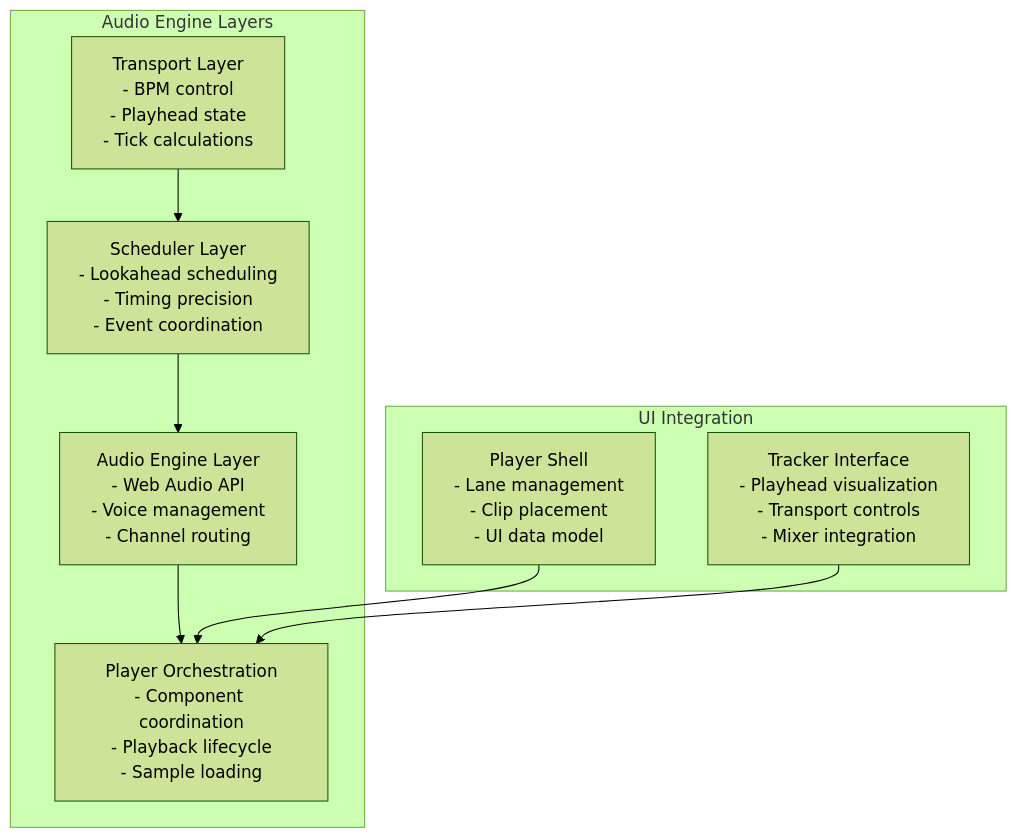
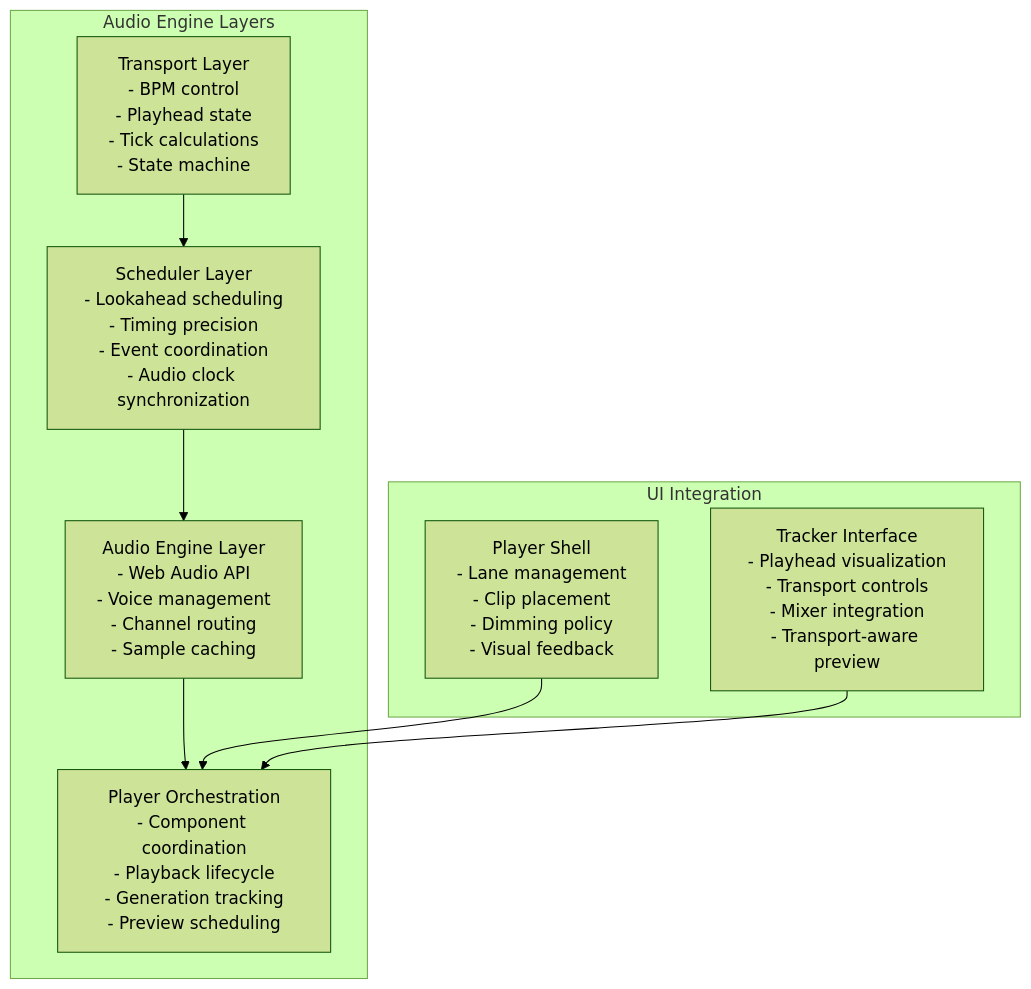
Before and after one commit to satyrlord/mixjam-electron: the first of 12 diagrams in .qoder/repowiki/en/content/Audio Engine/Audio Engine.md, drawn with Mermaid (forest theme). The commit also changed other lines of this file and 7 other files, not shown here.

First line of the commit message:
feat(data-management): centralize audio extensions and add hasSamples function

````diff
--- a/.qoder/repowiki/en/content/Audio Engine/Audio Engine.md
+++ b/.qoder/repowiki/en/content/Audio Engine/Audio Engine.md
@@ -61,18 +58,18 @@
 ```mermaid
 graph TB
 subgraph "Audio Engine Layers"
-A["Transport Layer<br/>- BPM control<br/>- Playhead state<br/>- Tick calculations"]
-B["Scheduler Layer<br/>- Lookahead scheduling<br/>- Timing precision<br/>- Event coordination"]
-C["Audio Engine Layer<br/>- Web Audio API<br/>- Voice management<br/>- Channel routing"]
-D["Player Orchestration<br/>- Component coordination<br/>- Playback lifecycle<br/>- Sample loading"]
+A["Transport Layer<br/>- BPM control<br/>- Playhead state<br/>- Tick calculations<br/>- State machine"]
+B["Scheduler Layer<br/>- Lookahead scheduling<br/>- Timing precision<br/>- Event coordination<br/>- Audio clock synchronization"]
+C["Audio Engine Layer<br/>- Web Audio API<br/>- Voice management<br/>- Channel routing<br/>- Sample caching"]
+D["Player Orchestration<br/>- Component coordination<br/>- Playback lifecycle<br/>- Generation tracking<br/>- Preview scheduling"]
 end
 subgraph "UI Integration"
-E["Player Shell<br/>- Lane management<br/>- Clip placement<br/>- UI data model"]
-F["Tracker Interface<br/>- Playhead visualization<br/>- Transport controls<br/>- Mixer integration"]
+E["Player Shell<br/>- Lane management<br/>- Clip placement<br/>- Dimming policy<br/>- Visual feedback"]
+F["Tracker Interface<br/>- Playhead visualization<br/>- Transport controls<br/>- Mixer integration<br/>- Transport-aware preview"]
 end
 A --> B
 B --> C
 C --> D
 E --> D
 F --> D
 ```
````
